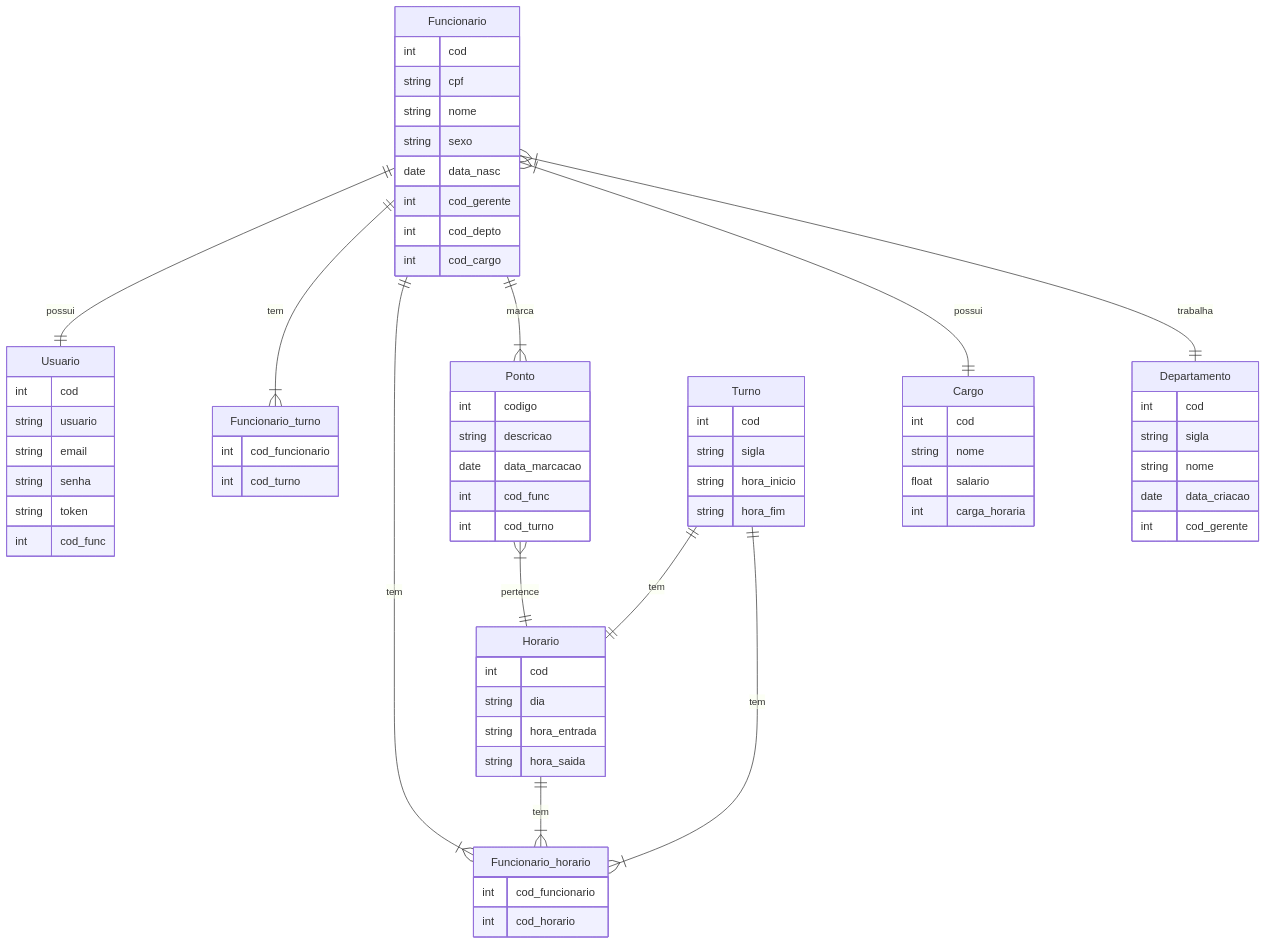
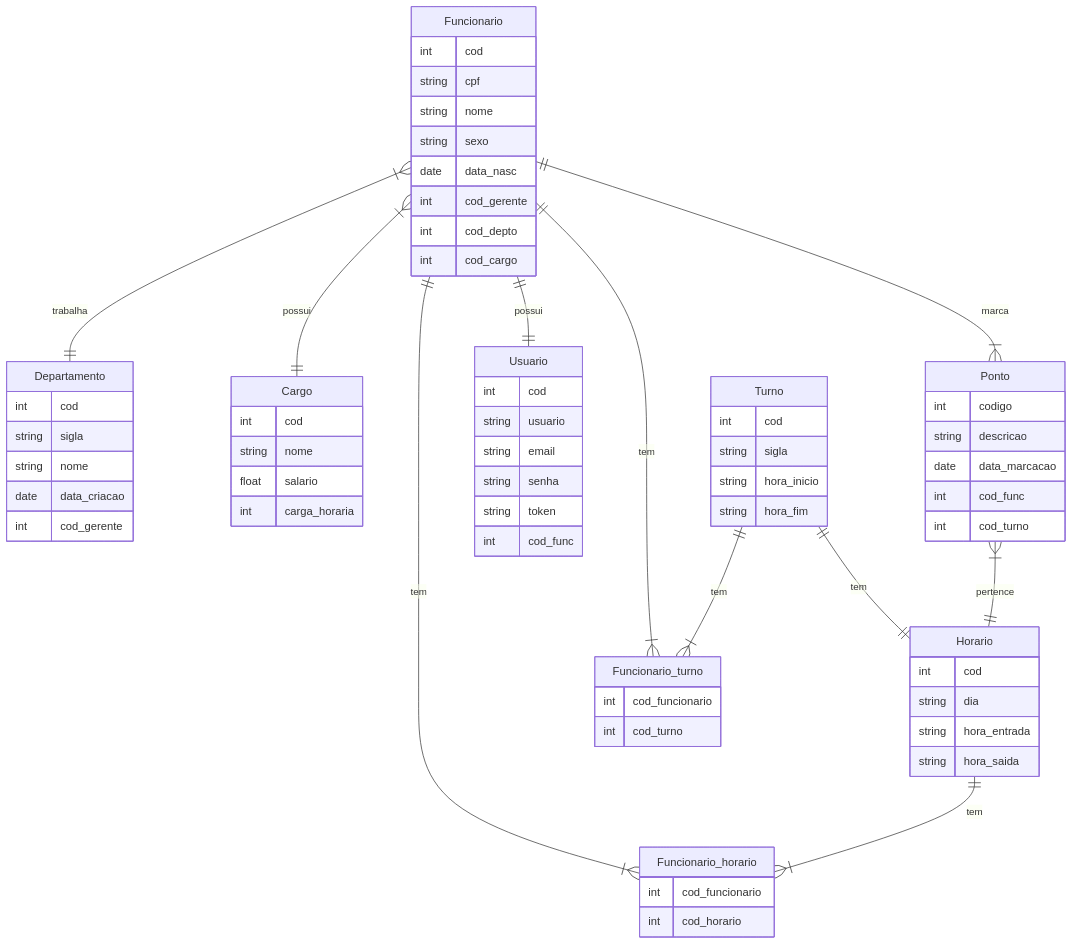
One commit to Brunowcst/sistemadecontroledepontos changed the diagram in docs/documento_modelos.md. Above: the diagram before and after it, drawn with Mermaid.

````diff
--- a/docs/documento_modelos.md
+++ b/docs/documento_modelos.md
@@ -32,72 +32,72 @@
 ```mermaid
 erDiagram
     Funcionario }|--|| Departamento : trabalha
     Funcionario }|--|| Cargo : possui
     Funcionario ||--|{ Ponto: marca
     Funcionario ||--|{ Funcionario_horario: tem
     Horario ||--|{ Funcionario_horario: tem
     Funcionario ||--|{ Funcionario_turno: tem
-    Turno ||--|{ Funcionario_horario: tem
     Funcionario ||--|| Usuario: possui
     Turno ||--|| Horario: tem
+    Turno ||--|{ Funcionario_turno: tem
     Ponto }|--|| Horario : pertence
     
     Funcionario {
         int cod
         string cpf
         string nome
         string sexo
         date data_nasc
         int cod_gerente
         int cod_depto 
         int cod_cargo     
     }
     Departamento {
         int cod
         string sigla
         string nome
         date data_criacao
         int cod_gerente
     }
     Ponto {
         int codigo
         string descricao
         date data_marcacao
         int cod_func
         int cod_turno
     }
     Cargo {
         int cod
         string nome
         float salario
         int carga_horaria
     }
     Turno {
         int cod
         string sigla
         string hora_inicio
         string hora_fim
     }
     Funcionario_turno {
         int cod_funcionario
         int cod_turno
     }
     Horario{
         int cod
         string dia
         string hora_entrada
         string hora_saida
     }
     Funcionario_horario {
         int cod_funcionario
         int cod_horario
     }
     Usuario{
         int cod
         string usuario
         string email
         string senha
         string token
         int cod_func
     }
 ```
````
